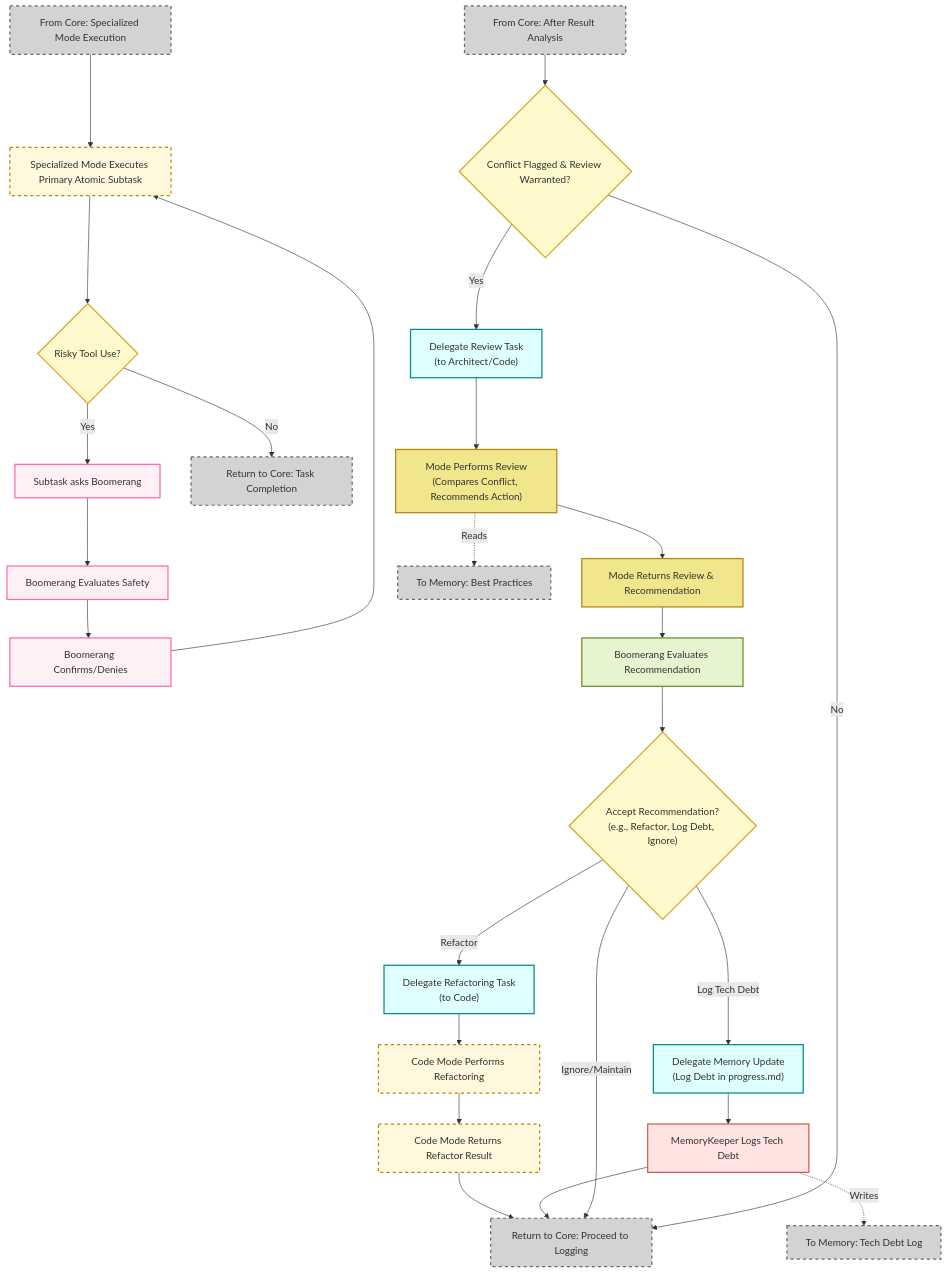
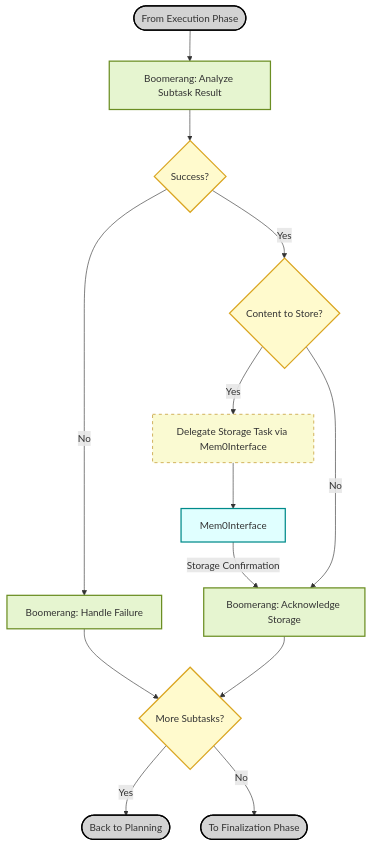
One commit to darrynv/dangeroo changed the fifth of 11 diagrams in README.md. Above: the diagram before and after it, drawn with Mermaid. The commit also changed other lines of this file and 31 other files, not shown here.

````diff
--- a/README.md
+++ b/README.md
@@ -263,67 +325,30 @@
 ```mermaid
 flowchart TD
-    %% Safety & Conflict Resolution Diagram
+    FromExecution([From Execution Phase]) --> B16[Boomerang: Analyze Subtask Result]
+    B16 --> B17{Success?}
+    B17 -- No --> HandleFailure[Boomerang: Handle Failure]
+    HandleFailure --> B21{More Subtasks?}
+    B17 -- Yes --> B18{Content to Store?}
     
-    %% Connection from Core Diagram
-    Core_S[From Core: Specialized Mode Execution] --> S
-    
-    S[Specialized Mode Executes Primary Atomic Subtask]
-    
-    %% Safety Check Loop
-    S --> S_check{Risky Tool Use?}
-    S_check -- Yes --> S_ask[Subtask asks Boomerang]
-    S_ask --> E_q[Boomerang Evaluates Safety]
-    E_q --> S_confirm[Boomerang Confirms/Denies]
-    S_confirm --> S
-    
-    S_check -- No --> Safety_Return[Return to Core: Task Completion]
-    
-    %% Conflict Resolution Process
-    Core_E[From Core: After Result Analysis] --> E_conflict_check
-    
-    E_conflict_check{Conflict Flagged & Review Warranted?}
-    E_conflict_check -- Yes --> R_delegate_review["Delegate Review Task\n(to Architect/Code)"]
-    R_delegate_review --> R_review_exec["Mode Performs Review\n(Compares Conflict, Recommends Action)"]
-    R_review_exec --> R_review_res["Mode Returns Review & Recommendation"]
-    R_review_res --> R_eval_review[Boomerang Evaluates Recommendation]
-    
-    R_eval_review --> R_refactor_decision{"Accept Recommendation?\n(e.g., Refactor, Log Debt, Ignore)"}
-    
-    R_refactor_decision -- "Refactor" --> R_delegate_refactor["Delegate Refactoring Task\n(to Code)"]
-    R_delegate_refactor --> R_refactor_exec["Code Mode Performs Refactoring"]
-    R_refactor_exec --> R_refactor_res["Code Mode Returns Refactor Result"]
-    R_refactor_res --> Conflict_Return
-    
-    R_refactor_decision -- "Log Tech Debt" --> I_delegate_debt["Delegate Memory Update\n(Log Debt in progress.md)"]
-    I_delegate_debt --> I_exec_debt["MemoryKeeper Logs Tech Debt"]
-    I_exec_debt --> Conflict_Return
-    
-    R_refactor_decision -- "Ignore/Maintain" --> Conflict_Return
-    E_conflict_check -- No --> Conflict_Return
-    
-    Conflict_Return[Return to Core: Proceed to Logging]
-    
-    %% Connections to other diagrams
-    R_review_exec -. "Reads" .-> BP_Read[To Memory: Best Practices]
-    I_exec_debt -. "Writes" .-> Progress_Write[To Memory: Tech Debt Log]
+    B18 -- Yes --> B19_DelStore[Delegate Storage Task via Mem0Interface]
+    B19_DelStore --> MemIF[Mem0Interface]
+    MemIF -- Storage Confirmation --> B20[Boomerang: Acknowledge Storage]
+    B18 -- No --> B20
+
+    B20 --> B21
+    B21 -- Yes --> LoopToPlanning([Back to Planning])
+    B21 -- No --> ToFinalization([To Finalization Phase])
     
     %% Styling
-    classDef process fill:#e6f5d0,stroke:#6b8e23,stroke-width:2px
+    classDef orchestrator fill:#e6f5d0,stroke:#6b8e23,stroke-width:2px
     classDef decision fill:#fffacd,stroke:#daa520,stroke-width:2px
-    classDef subtask fill:#fff8dc,stroke:#b8860b,stroke-width:2px,stroke-dasharray:5 5
-    classDef delegate fill:#e0ffff,stroke:#008b8b,stroke-width:2px
-    classDef safety fill:#fff0f5,stroke:#ff69b4,stroke-width:2px
-    classDef connector fill:#d3d3d3,stroke:#696969,stroke-width:2px,stroke-dasharray:5 5
-    classDef memory fill:#ffe4e1,stroke:#cd5c5c,stroke-width:2px
-    classDef review fill:#f0e68c,stroke:#b8860b,stroke-width:2px
-    
-    class S,R_eval_review process
-    class S_check,E_conflict_check,R_refactor_decision decision
-    class S subtask
-    class R_delegate_review,R_delegate_refactor,I_delegate_debt delegate
-    class S_ask,E_q,S_confirm safety
-    class Core_S,Core_E,Safety_Return,Conflict_Return,BP_Read,Progress_Write connector
-    class I_exec_debt memory
-    class R_review_exec,R_review_res review
-    class R_refactor_exec,R_refactor_res subtask
-``` 
+    classDef interface fill:#e0ffff,stroke:#008b8b,stroke-width:2px
+    classDef delegate fill:#fafad2,stroke:#b8860b,stroke-width:1px,stroke-dasharray: 5 5
+    classDef startend fill:#d3d3d3,stroke:#000000,stroke-width:2px
+
+    class B16,B20,HandleFailure orchestrator
+    class B17,B18,B21 decision
+    class MemIF interface
+    class B19_DelStore delegate
+    class FromExecution,LoopToPlanning,ToFinalization startend
+```
````
